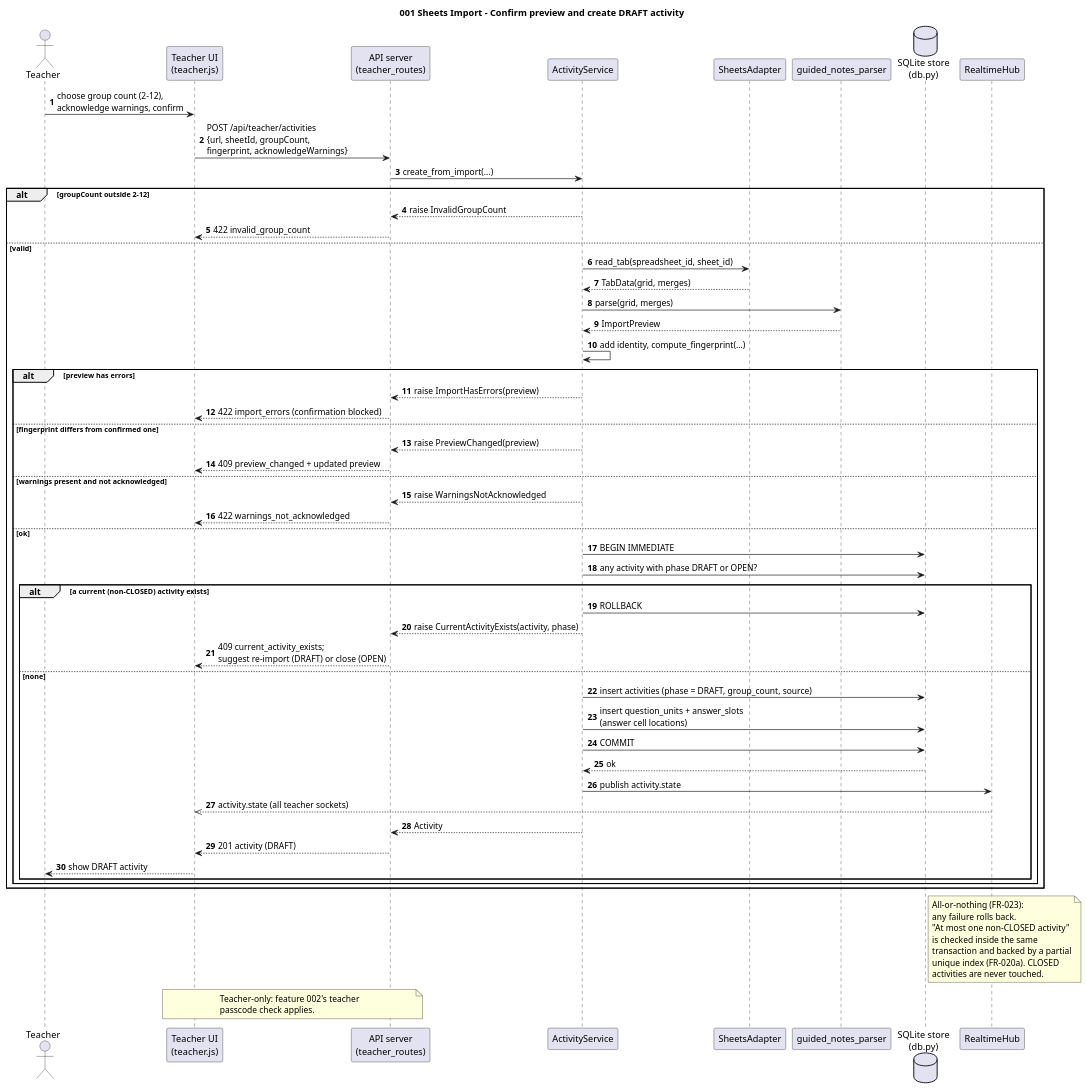
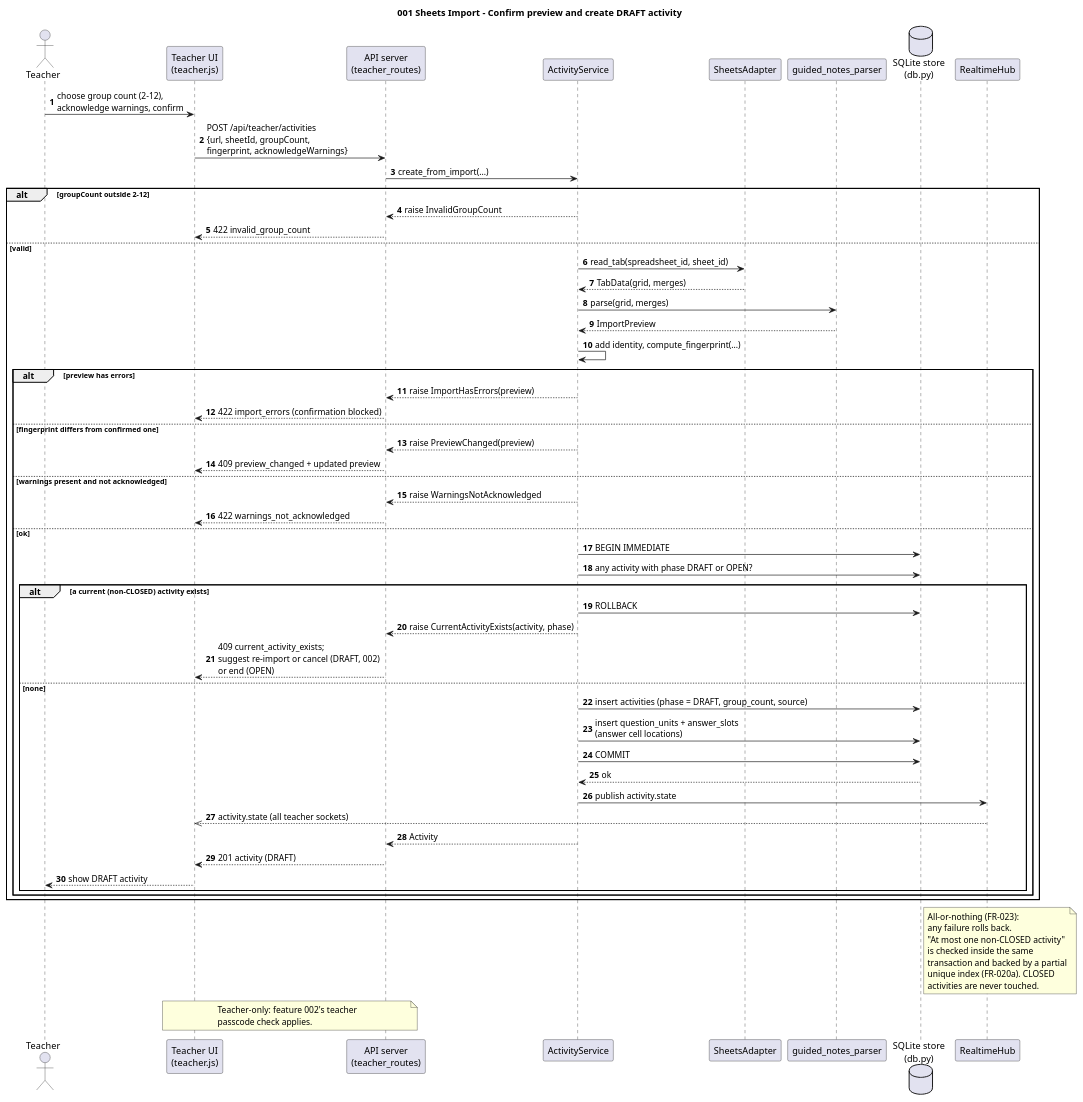
Before and after one commit to WasabiSaikou/quiz-buzzer: the diagram in diagrams/001-seq-confirm-create.puml, drawn with PlantUML. The commit also changed 8 other files, not shown here.

First line of the commit message:
fix(001): suggest cancel for a DRAFT current activity; record 002's displayed activity

```diff
--- a/diagrams/001-seq-confirm-create.puml
+++ b/diagrams/001-seq-confirm-create.puml
@@ -1,73 +1,73 @@
 @startuml 001-seq-confirm-create
 title 001 Sheets Import - Confirm preview and create DRAFT activity
 
 skinparam shadowing false
 skinparam defaultFontName "Microsoft JhengHei"
 autonumber
 
 actor Teacher
 participant "Teacher UI\n(teacher.js)" as TUI
 participant "API server\n(teacher_routes)" as API
 participant "ActivityService" as ACT
 participant "SheetsAdapter" as SA
 participant "guided_notes_parser" as PARSER
 database "SQLite store\n(db.py)" as DB
 participant "RealtimeHub" as RT
 
 Teacher -> TUI : choose group count (2-12),\nacknowledge warnings, confirm
 TUI -> API : POST /api/teacher/activities\n{url, sheetId, groupCount,\nfingerprint, acknowledgeWarnings}
 API -> ACT : create_from_import(...)
 alt groupCount outside 2-12
   ACT --> API : raise InvalidGroupCount
   API --> TUI : 422 invalid_group_count
 else valid
   ACT -> SA : read_tab(spreadsheet_id, sheet_id)
   SA --> ACT : TabData(grid, merges)
   ACT -> PARSER : parse(grid, merges)
   PARSER --> ACT : ImportPreview
   ACT -> ACT : add identity, compute_fingerprint(...)
   alt preview has errors
     ACT --> API : raise ImportHasErrors(preview)
     API --> TUI : 422 import_errors (confirmation blocked)
   else fingerprint differs from confirmed one
     ACT --> API : raise PreviewChanged(preview)
     API --> TUI : 409 preview_changed + updated preview
   else warnings present and not acknowledged
     ACT --> API : raise WarningsNotAcknowledged
     API --> TUI : 422 warnings_not_acknowledged
   else ok
     ACT -> DB : BEGIN IMMEDIATE
     ACT -> DB : any activity with phase DRAFT or OPEN?
     alt a current (non-CLOSED) activity exists
       ACT -> DB : ROLLBACK
       ACT --> API : raise CurrentActivityExists(activity, phase)
-      API --> TUI : 409 current_activity_exists;\nsuggest re-import (DRAFT) or close (OPEN)
+      API --> TUI : 409 current_activity_exists;\nsuggest re-import or cancel (DRAFT, 002)\nor end (OPEN)
     else none
       ACT -> DB : insert activities (phase = DRAFT, group_count, source)
       ACT -> DB : insert question_units + answer_slots\n(answer cell locations)
       ACT -> DB : COMMIT
       DB --> ACT : ok
       ACT -> RT : publish activity.state
       RT -->> TUI : activity.state (all teacher sockets)
       ACT --> API : Activity
       API --> TUI : 201 activity (DRAFT)
       TUI --> Teacher : show DRAFT activity
     end
   end
 end
 
 note right of DB
   All-or-nothing (FR-023):
   any failure rolls back.
   "At most one non-CLOSED activity"
   is checked inside the same
   transaction and backed by a partial
   unique index (FR-020a). CLOSED
   activities are never touched.
 end note
 
 note over TUI, API
   Teacher-only: feature 002's teacher
   passcode check applies.
 end note
 @enduml
```
